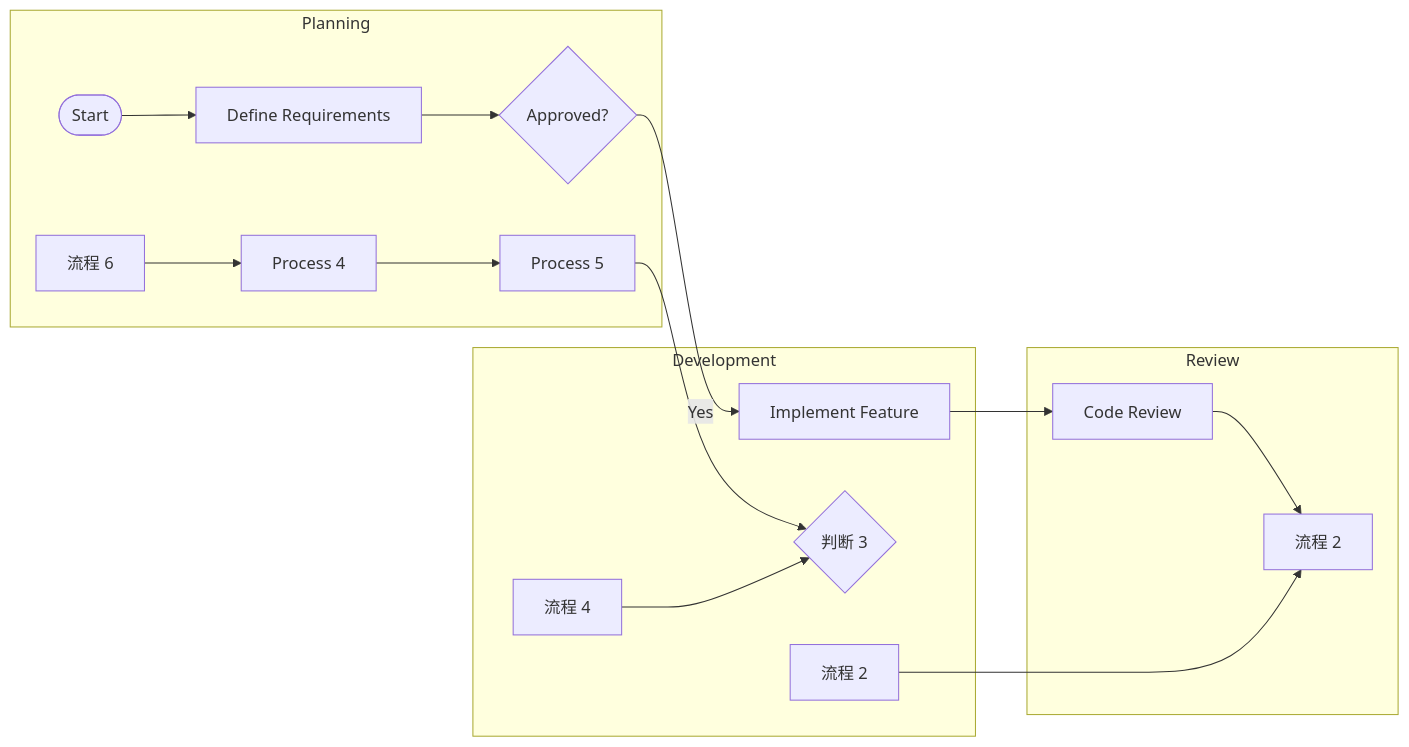
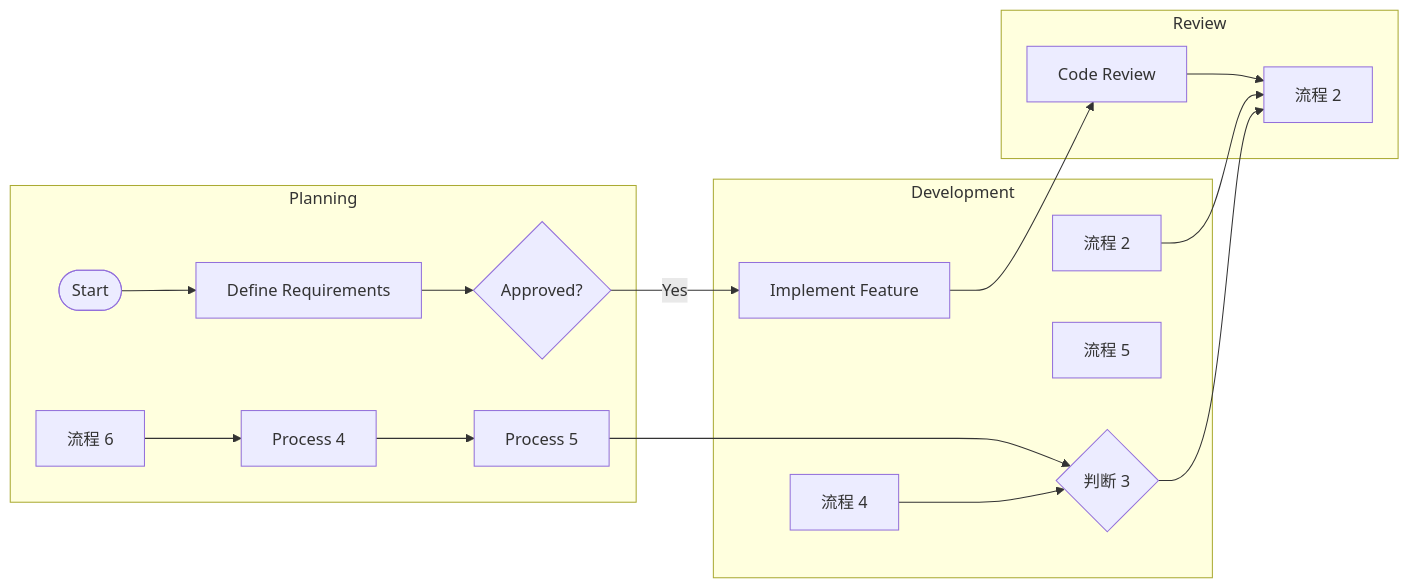
The diagram in mmd/12323_41681640-9752-48cb-9907-d6624d5d20d0.mmd (pingpm/mermaid_vault), drawn with Mermaid before and after one commit. The commit also changed 3 other files, not shown here.

Commit message:
Sync Mermaid Studio data (15 diagrams)

```diff
--- a/mmd/12323_41681640-9752-48cb-9907-d6624d5d20d0.mmd
+++ b/mmd/12323_41681640-9752-48cb-9907-d6624d5d20d0.mmd
@@ -1,29 +1,31 @@
 flowchart LR
   subgraph lane_0["Planning"]
     t_0{"Approved?"}
     t_1(["Start"])
     t_2["Define Requirements"]
     t_3["流程 6"]
     t_4["Process 4"]
     t_5["Process 5"]
   end
   subgraph lane_1["Development"]
     t_6["流程 4"]
     t_7["Implement Feature"]
     t_8{"判断 3"}
-    t_9["流程 2"]
+    t_9["流程 5"]
+    t_10["流程 2"]
   end
   subgraph lane_2["Review"]
-    t_10["Code Review"]
-    t_11["流程 2"]
+    t_11["Code Review"]
+    t_12["流程 2"]
   end
   t_1 --> t_2
   t_2 --> t_0
   t_0 -->|"Yes"| t_7
-  t_7 --> t_10
-  t_10 --> t_11
-  t_9 --> t_11
+  t_7 --> t_11
+  t_11 --> t_12
+  t_10 --> t_12
   t_3 --> t_4
   t_4 --> t_5
   t_5 --> t_8
   t_6 --> t_8
+  t_8 --> t_12
```
